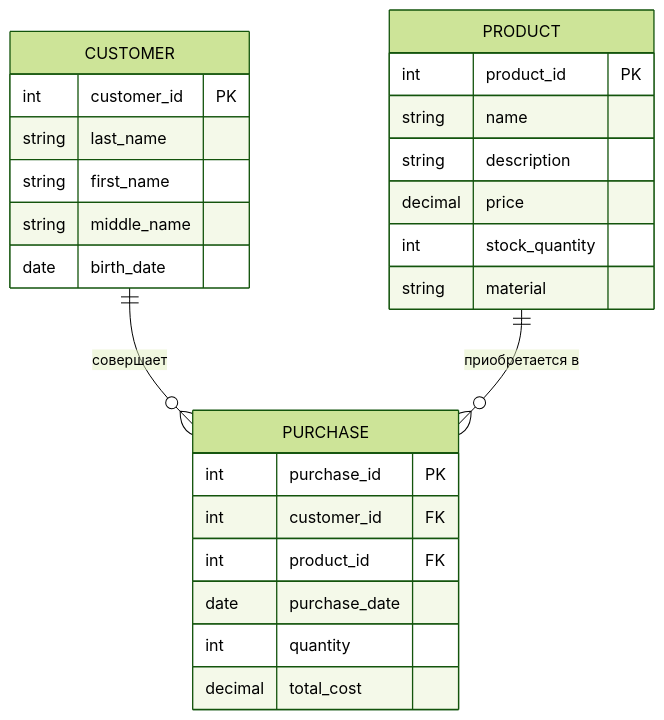
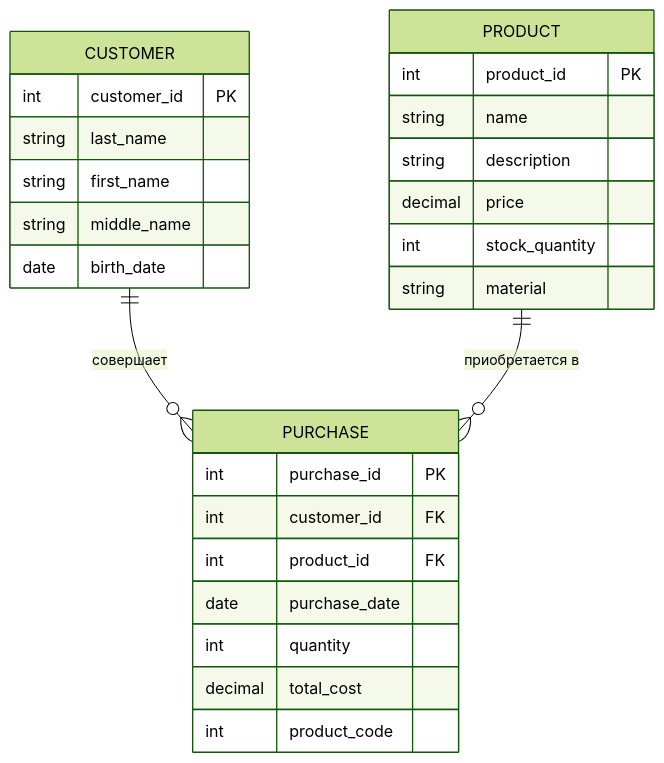
The first of 2 diagrams in README.md (GlebSvetikov/OOP), drawn with Mermaid (forest theme) before and after one commit. The commit also changed other lines of this file, not shown here.

````diff
--- a/README.md
+++ b/README.md
@@ -3,31 +3,32 @@
 ```mermaid
 erDiagram
     CUSTOMER ||--o{ PURCHASE : "совершает"
     PRODUCT ||--o{ PURCHASE : "приобретается в"
 
     CUSTOMER {
         int customer_id PK
         string last_name
         string first_name
         string middle_name
         date birth_date
     }
 
     PRODUCT {
         int product_id PK
         string name
         string description
         decimal price
         int stock_quantity
         string material
     }
 
     PURCHASE {
         int purchase_id PK
         int customer_id FK
         int product_id FK
         date purchase_date
         int quantity
         decimal total_cost
+        int product_code
     }
 ```
````
